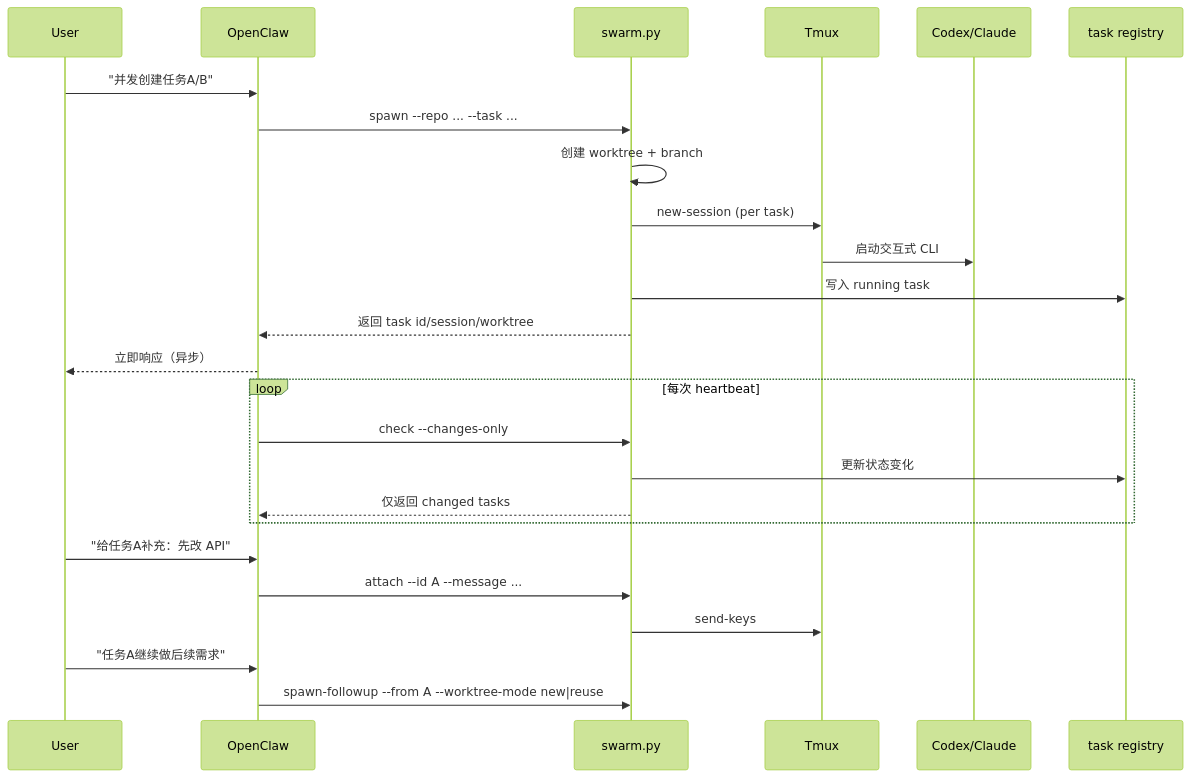
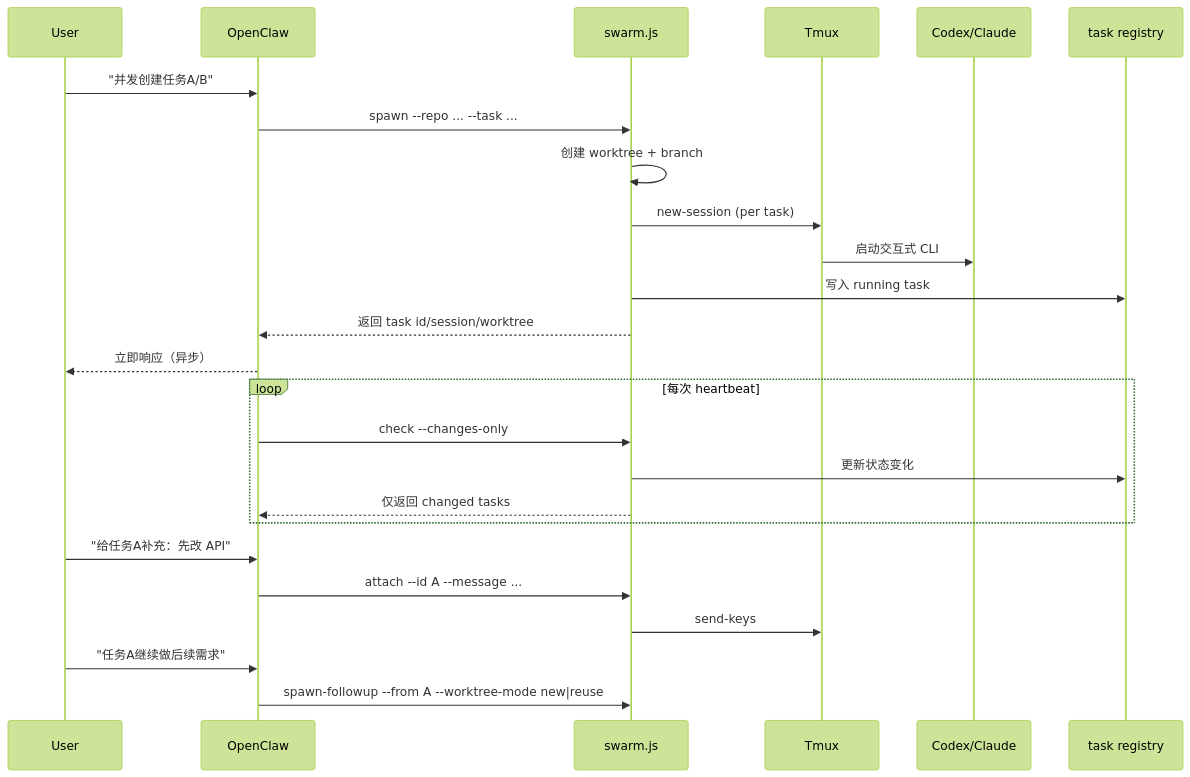
Before and after one commit to youzaiAGI/openclaw-agent-swarm-skills: the second of 2 diagrams in README.zh-CN.md, drawn with Mermaid (forest theme). The commit also changed other lines of this file and 14 other files, not shown here.

````diff
--- a/README.zh-CN.md
+++ b/README.zh-CN.md
@@ -59,31 +59,31 @@
 ```mermaid
 sequenceDiagram
     participant User
     participant OpenClaw
-    participant Swarm as swarm.py
+    participant Swarm as swarm.js
     participant Tmux
     participant Agent as Codex/Claude
     participant Registry as task registry
 
     User->>OpenClaw: "并发创建任务A/B"
     OpenClaw->>Swarm: spawn --repo ... --task ...
     Swarm->>Swarm: 创建 worktree + branch
     Swarm->>Tmux: new-session (per task)
     Tmux->>Agent: 启动交互式 CLI
     Swarm->>Registry: 写入 running task
     Swarm-->>OpenClaw: 返回 task id/session/worktree
     OpenClaw-->>User: 立即响应（异步）
 
     loop 每次 heartbeat
         OpenClaw->>Swarm: check --changes-only
         Swarm->>Registry: 更新状态变化
         Swarm-->>OpenClaw: 仅返回 changed tasks
     end
 
     User->>OpenClaw: "给任务A补充：先改 API"
     OpenClaw->>Swarm: attach --id A --message ...
     Swarm->>Tmux: send-keys
 
     User->>OpenClaw: "任务A继续做后续需求"
     OpenClaw->>Swarm: spawn-followup --from A --worktree-mode new|reuse
 ```
````
